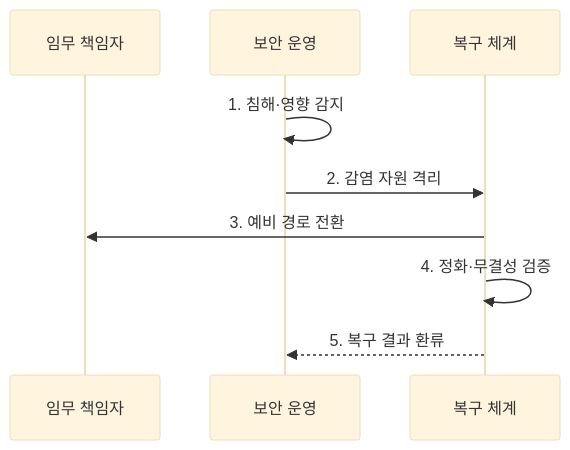
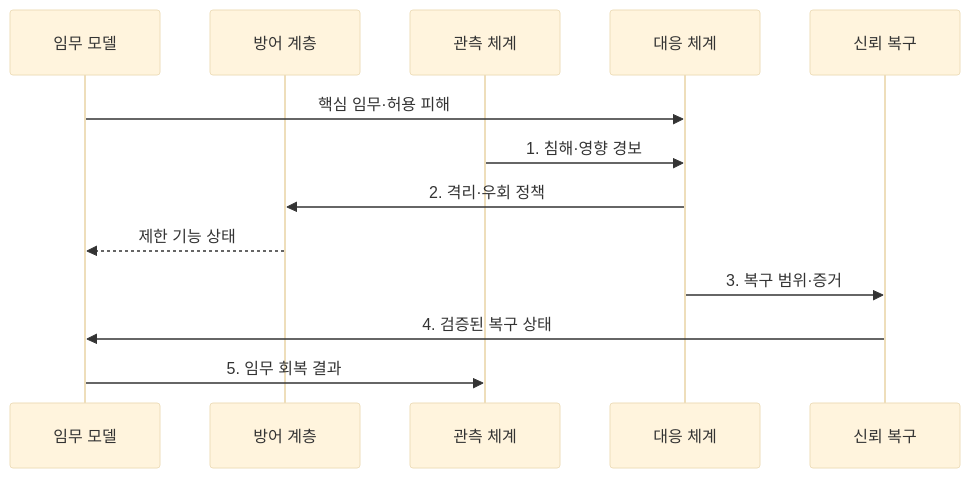
The second of 2 diagrams in src/content/docs/notes/03-software/196_cyber_resilience.md (agnusdei1207/knowledge-base), drawn with Mermaid (base theme) before and after one commit. The commit also changed other lines of this file and 20 other files, not shown here.

````diff
--- a/src/content/docs/notes/03-software/196_cyber_resilience.md
+++ b/src/content/docs/notes/03-software/196_cyber_resilience.md
@@ -82,11 +82,15 @@
 ```mermaid
 sequenceDiagram
-    participant M as 임무 책임자
-    participant S as 보안 운영
-    participant R as 복구 체계
-    S->>S: 1. 침해·영향 감지
-    S->>R: 2. 감염 자원 격리
-    R->>M: 3. 예비 경로 전환
-    R->>R: 4. 정화·무결성 검증
-    R-->>S: 5. 복구 결과 환류
+    participant M as 임무 모델
+    participant B as 방어 계층
+    participant O as 관측 체계
+    participant D as 대응 체계
+    participant R as 신뢰 복구
+    M->>D: 핵심 임무·허용 피해
+    O->>D: 1. 침해·영향 경보
+    D->>B: 2. 격리·우회 정책
+    B-->>M: 제한 기능 상태
+    D->>R: 3. 복구 범위·증거
+    R->>M: 4. 검증된 복구 상태
+    M->>O: 5. 임무 회복 결과
 ```
````
